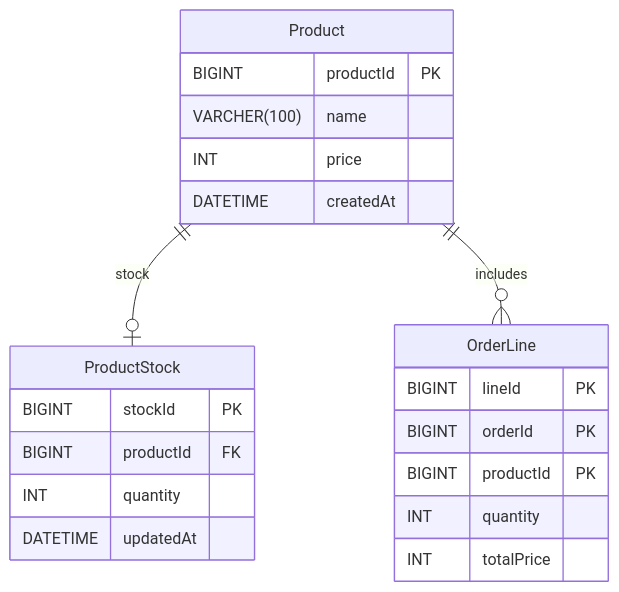
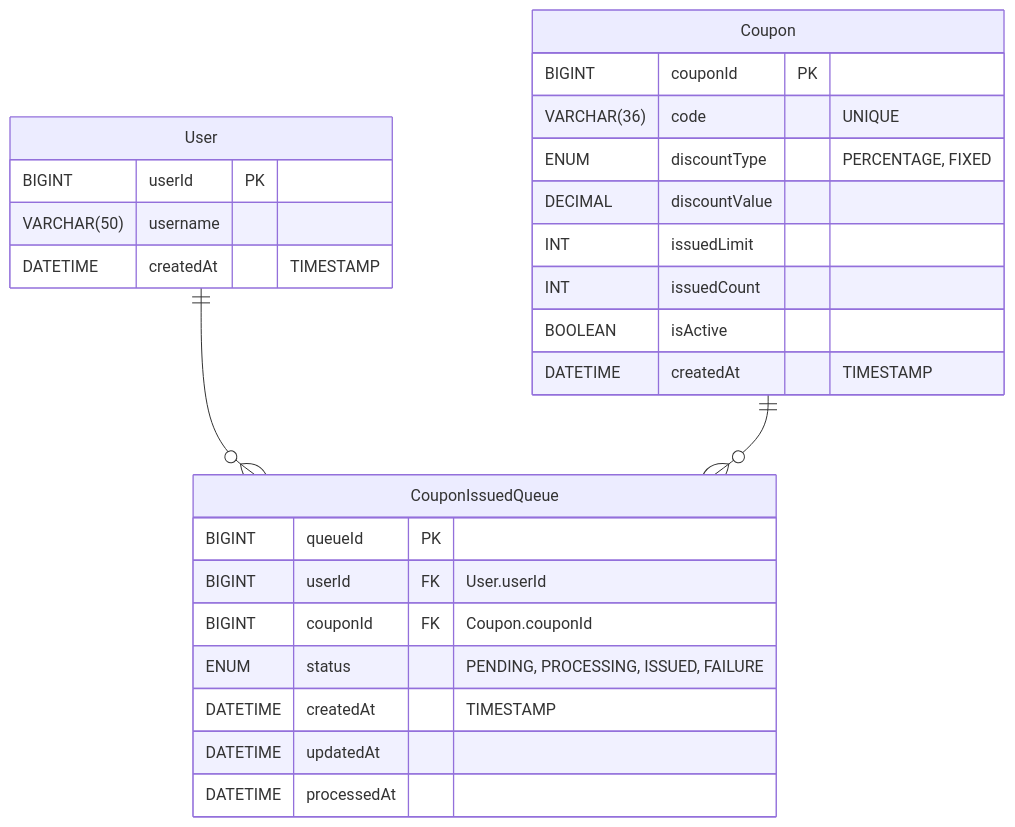
Before and after one commit to chapakook/kotlin-ecommerce: the fourth of 5 diagrams in docs/erd.md, drawn with Mermaid. The commit also changed other lines of this file, not shown here.

Commit message:
[DOC] erd.md 수정, Discount 삭제, Coupon 및 집계관련 테이블 추가 - closed #29

````diff
--- a/docs/erd.md
+++ b/docs/erd.md
@@ -227,25 +308,30 @@
 ```mermaid
 erDiagram
-    Product ||--o| ProductStock : stock
-    Product ||--o{ OrderLine : includes
-    
-    OrderLine{
-        BIGINT lineId PK
-        BIGINT orderId PK
-        BIGINT productId PK
-        INT quantity
-        INT totalPrice
+    User ||--o{ CouponIssuedQueue: ""
+    Coupon ||--o{ CouponIssuedQueue: ""
+
+    User{
+        BIGINT userId PK
+        VARCHAR(50) username
+        DATETIME createdAt "TIMESTAMP"
     }
-    Product{
-        BIGINT productId PK
-        VARCHER(100) name
-        INT price
-        DATETIME createdAt
+    Coupon{
+        BIGINT couponId PK
+        VARCHAR(36) code "UNIQUE"
+        ENUM discountType "PERCENTAGE, FIXED"
+        DECIMAL discountValue
+        INT issuedLimit
+        INT issuedCount
+        BOOLEAN isActive
+        DATETIME createdAt "TIMESTAMP"
     }
-    ProductStock{
-        BIGINT stockId PK
-        BIGINT productId FK
-        INT quantity
+    CouponIssuedQueue{
+        BIGINT queueId PK
+        BIGINT userId FK "User.userId"
+        BIGINT couponId FK "Coupon.couponId"
+        ENUM status "PENDING, PROCESSING, ISSUED, FAILURE"
+        DATETIME createdAt "TIMESTAMP"
         DATETIME updatedAt
+        DATETIME processedAt
     }
 ```
````
